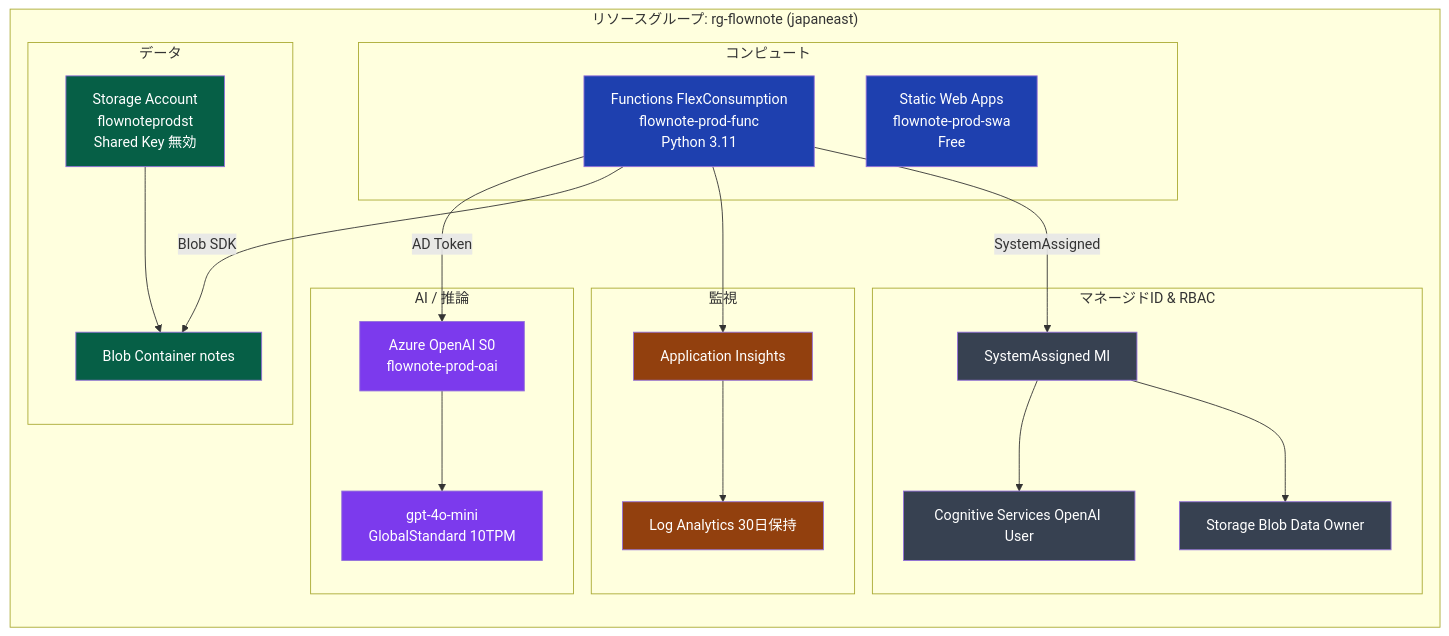
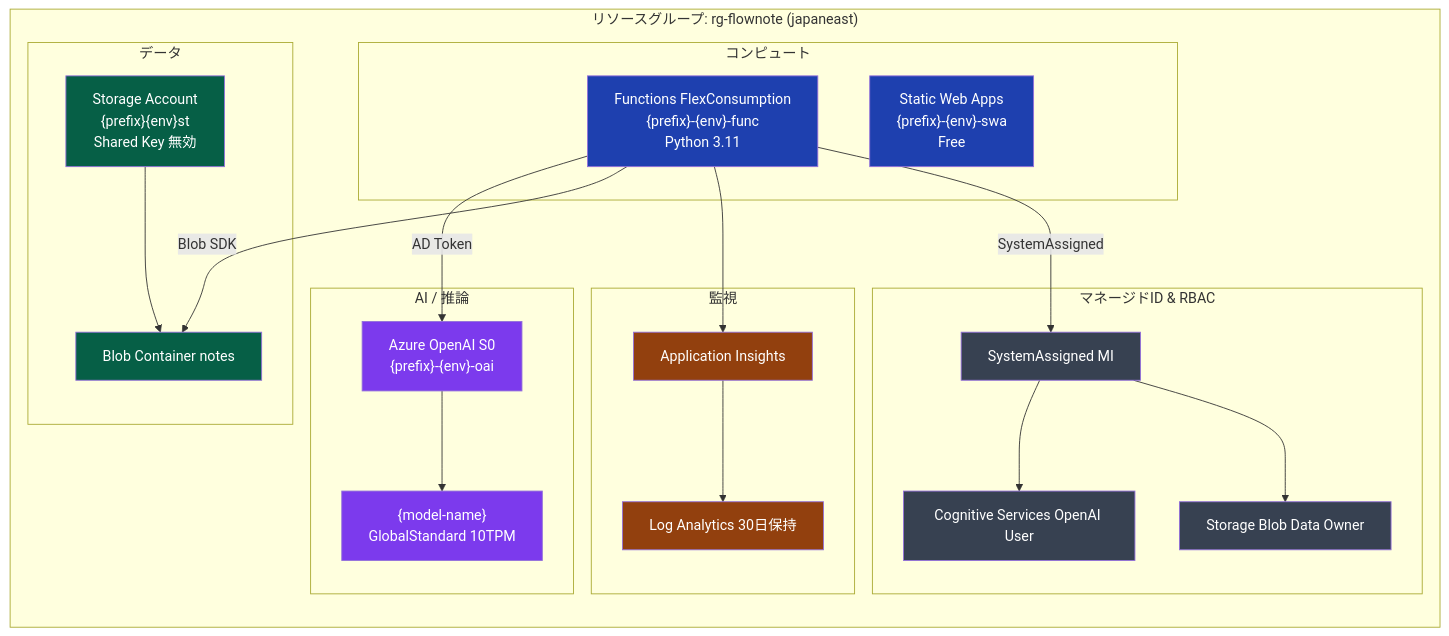
The fifth of 5 diagrams in README.md (geekfujiwara/FlowNote), drawn with Mermaid before and after one commit. The commit also changed other lines of this file and 1 other file, not shown here.

````diff
--- a/README.md
+++ b/README.md
@@ -222,53 +222,53 @@
 ```mermaid
 graph TB
     subgraph RG["リソースグループ: rg-flownote (japaneast)"]
         direction TB
 
         subgraph Compute["コンピュート"]
-            SWA["Static Web Apps\nflownote-prod-swa\nFree"]
-            Func["Functions FlexConsumption\nflownote-prod-func\nPython 3.11"]
+            SWA["Static Web Apps\n{prefix}-{env}-swa\nFree"]
+            Func["Functions FlexConsumption\n{prefix}-{env}-func\nPython 3.11"]
         end
 
         subgraph AI["AI / 推論"]
-            OAI["Azure OpenAI S0\nflownote-prod-oai"]
-            Model["gpt-4o-mini\nGlobalStandard 10TPM"]
+            OAI["Azure OpenAI S0\n{prefix}-{env}-oai"]
+            Model["{model-name}\nGlobalStandard 10TPM"]
             OAI --> Model
         end
 
         subgraph Data["データ"]
-            ST["Storage Account\nflownoteprodst\nShared Key 無効"]
+            ST["Storage Account\n{prefix}{env}st\nShared Key 無効"]
             Blob["Blob Container notes"]
             ST --> Blob
         end
 
         subgraph Monitor["監視"]
             APPI["Application Insights"]
             LAW["Log Analytics 30日保持"]
             APPI --> LAW
         end
 
         subgraph IAM["マネージドID & RBAC"]
             MI["SystemAssigned MI"]
             R1["Storage Blob Data Owner"]
             R2["Cognitive Services OpenAI User"]
             MI --> R1
             MI --> R2
         end
 
         Func -- SystemAssigned --> MI
         Func --> APPI
         Func -- Blob SDK --> Blob
         Func -- AD Token --> OAI
     end
 
     classDef compute fill:#1e40af,color:#fff
     classDef ai fill:#7c3aed,color:#fff
     classDef data fill:#065f46,color:#fff
     classDef monitor fill:#92400e,color:#fff
     classDef iam fill:#374151,color:#fff
     class SWA,Func compute
     class OAI,Model ai
     class ST,Blob data
     class APPI,LAW monitor
     class MI,R1,R2 iam
 ```
````
